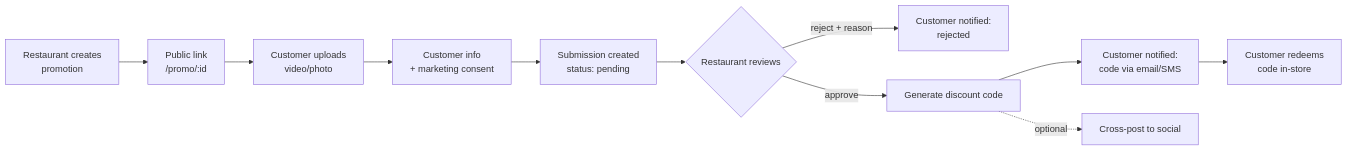
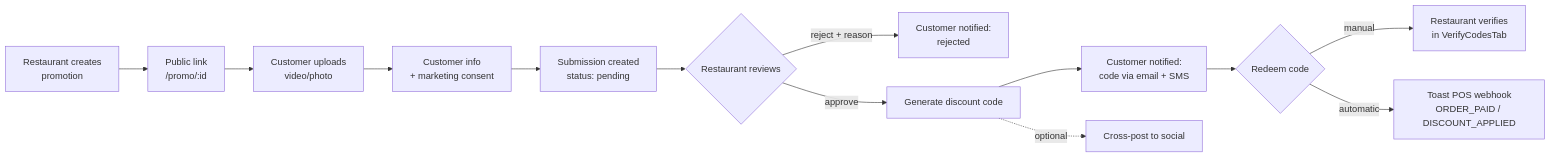
Before and after one commit to Pdiamondz1/dragoncandy-v3-d783432b: the first of 3 diagrams in docs/flows/promotions-cgc.md, drawn with Mermaid. The commit also changed other lines of this file and 4 other files, not shown here.

First line of the commit message:
docs(flows): resolve flagged gaps with code-verified findings

````diff
--- a/docs/flows/promotions-cgc.md
+++ b/docs/flows/promotions-cgc.md
@@ -25,13 +25,15 @@
 ```mermaid
 flowchart LR
     R1[Restaurant creates<br/>promotion] --> L[Public link<br/>/promo/:id]
     L --> C1[Customer uploads<br/>video/photo]
     C1 --> C2[Customer info<br/>+ marketing consent]
     C2 --> S[Submission created<br/>status: pending]
     S --> R2{Restaurant reviews}
     R2 -->|reject + reason| N1[Customer notified:<br/>rejected]
     R2 -->|approve| CODE[Generate discount code]
-    CODE --> N2[Customer notified:<br/>code via email/SMS]
+    CODE --> N2[Customer notified:<br/>code via email + SMS]
     CODE -.->|optional| X[Cross-post to social]
-    N2 --> RD[Customer redeems<br/>code in-store]
+    N2 --> RD{Redeem code}
+    RD -->|manual| RM[Restaurant verifies<br/>in VerifyCodesTab]
+    RD -->|automatic| RT[Toast POS webhook<br/>ORDER_PAID / DISCOUNT_APPLIED]
 ```
````
